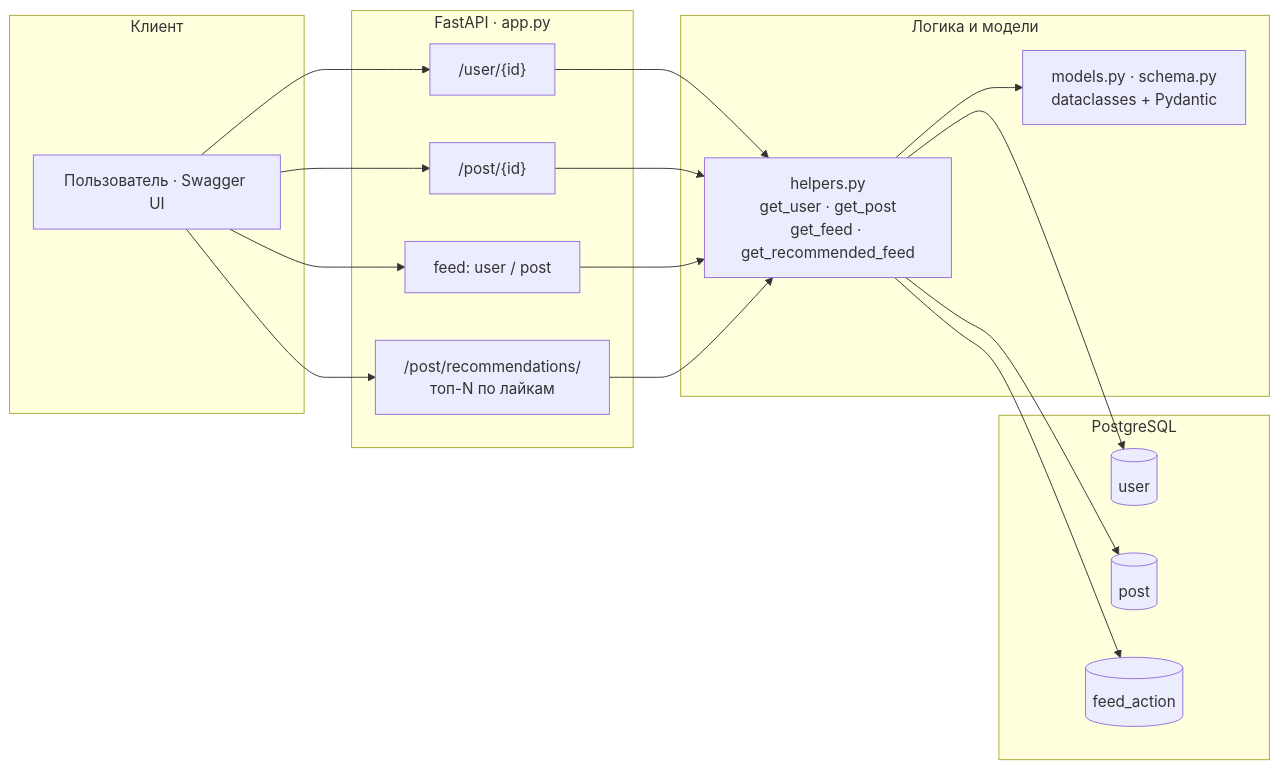
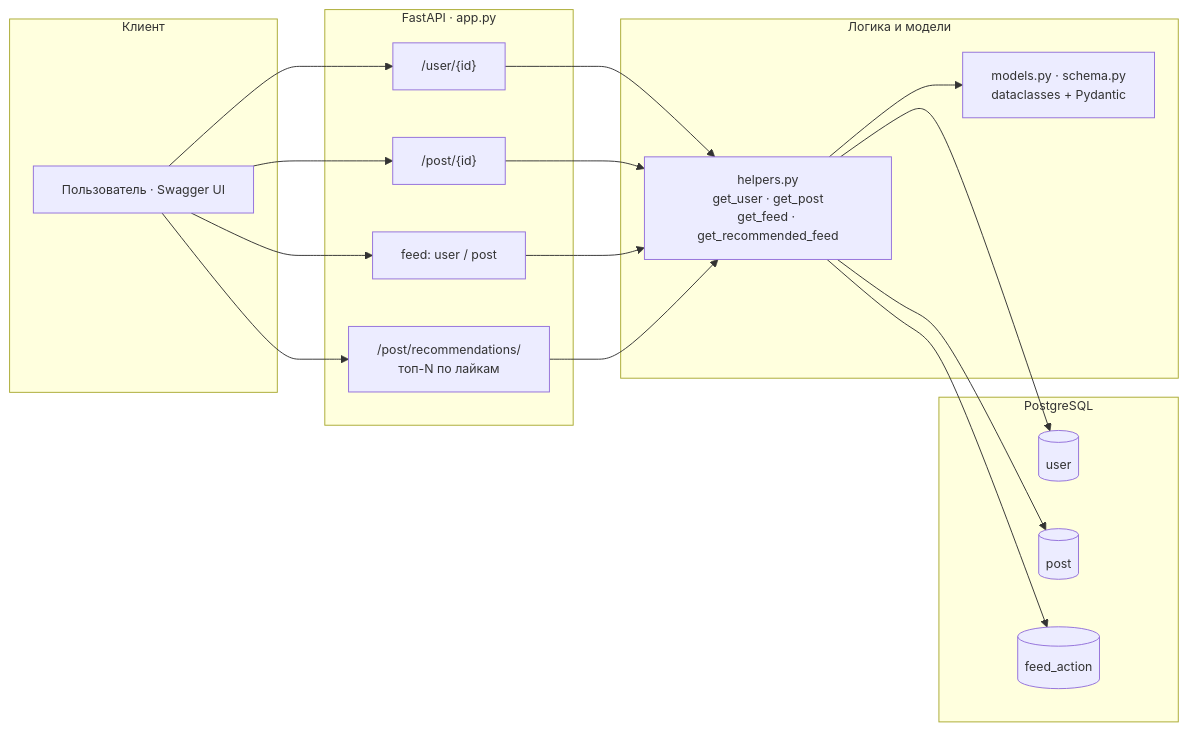
One commit to alexandersavintsev/fastapi-service changed the diagram in README.md. Above: the diagram before and after it, drawn with Mermaid.

Commit message:
Схема: полные подписи + мельче шрифт

````diff
--- a/README.md
+++ b/README.md
@@ -35,25 +35,26 @@
 ```mermaid
+%%{init: {'flowchart': {'htmlLabels': false}, 'themeVariables': {'fontSize': '13px'}}}%%
 flowchart LR
     subgraph Client["Клиент"]
         U["Пользователь · Swagger UI"]
     end
     subgraph App["FastAPI · app.py"]
         E1["/user/{id}"]
         E2["/post/{id}"]
         E3["feed: user / post"]
         E4["/post/recommendations/<br/>топ-N по лайкам"]
     end
     subgraph Core["Логика и модели"]
         H["helpers.py<br/>get_user · get_post<br/>get_feed · get_recommended_feed"]
         MS["models.py · schema.py<br/>dataclasses + Pydantic"]
     end
     subgraph DB["PostgreSQL"]
         T1[("user")]
         T2[("post")]
         T3[("feed_action")]
     end
     U --> E1 & E2 & E3 & E4
     E1 & E2 & E3 & E4 --> H
     H --> MS
     H --> T1 & T2 & T3
 ```
````
